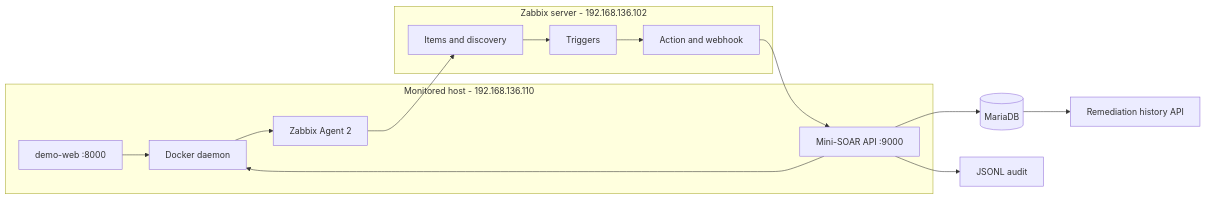
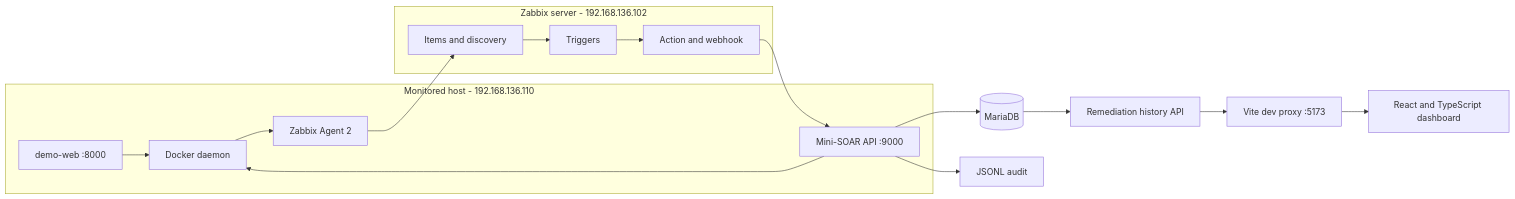
One commit to anhta-0207/Mini-Soar changed the first of 2 diagrams in docs/architecture.md. Above: the diagram before and after it, drawn with Mermaid. The commit also changed other lines of this file and 6 other files, not shown here.

````diff
--- a/docs/architecture.md
+++ b/docs/architecture.md
@@ -11,25 +11,27 @@
 ```mermaid
 flowchart LR
     subgraph Monitored_Host[Monitored host - 192.168.136.110]
         A[demo-web :8000]
         B[Docker daemon]
         C[Zabbix Agent 2]
         D[Mini-SOAR API :9000]
         A --> B
         B --> C
         D --> B
     end
 
     subgraph Monitoring[Zabbix server - 192.168.136.102]
         E[Items and discovery]
         F[Triggers]
         G[Action and webhook]
         E --> F --> G
     end
 
     C --> E
     G --> D
     D --> H[(MariaDB)]
     D --> I[JSONL audit]
     H --> J[Remediation history API]
+    J --> K[Vite dev proxy :5173]
+    K --> L[React and TypeScript dashboard]
 ```
````
